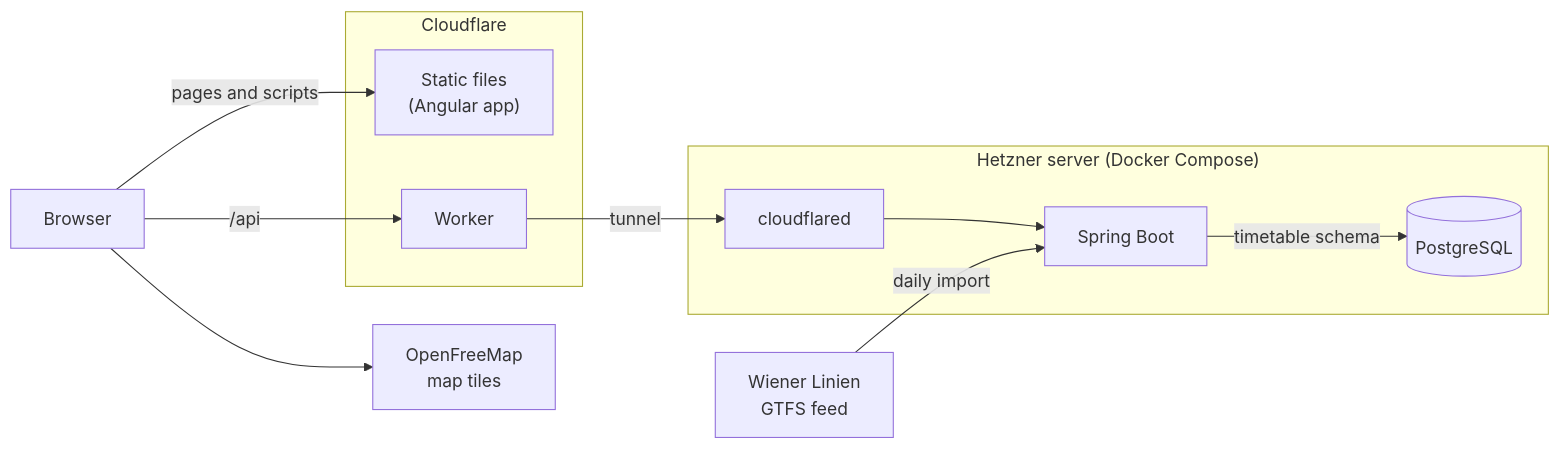
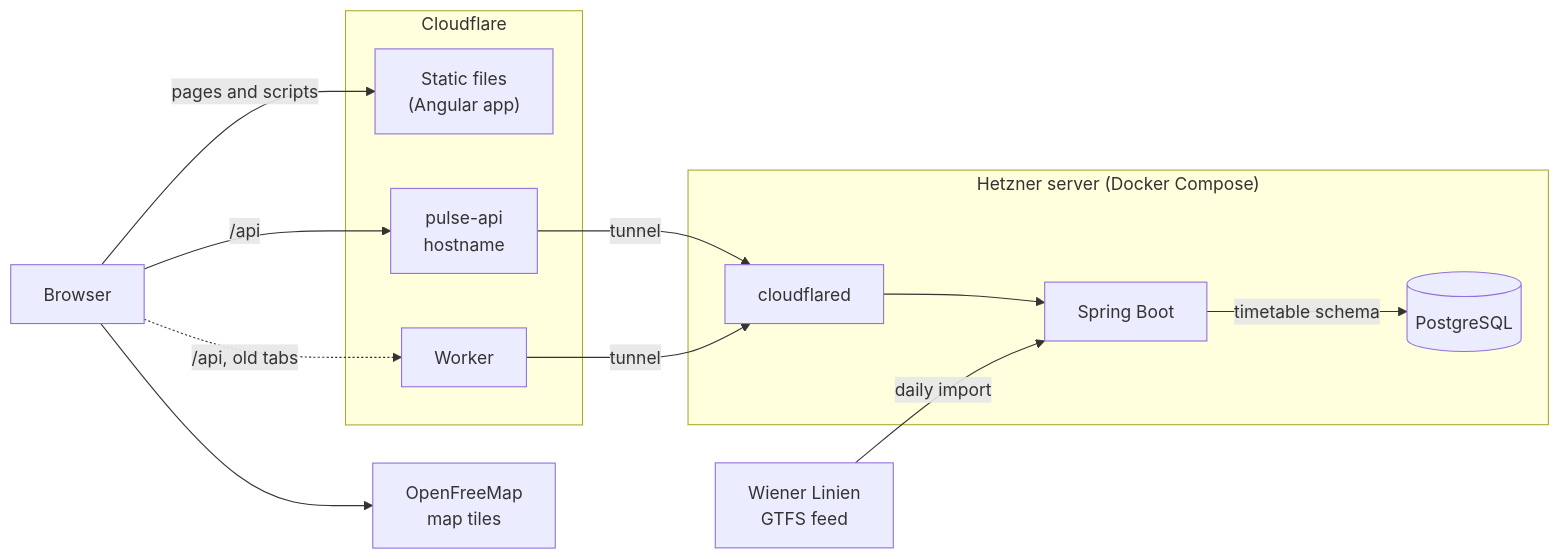
One commit to vlad-dancea/vienna-pulse-v2 changed the diagram in README.md. Above: the diagram before and after it, drawn with Mermaid. The commit also changed other lines of this file and 1 other file, not shown here.

First line of the commit message:
Describe the API's own hostname

````diff
--- a/README.md
+++ b/README.md
@@ -17,22 +17,25 @@
 ```mermaid
 flowchart LR
     browser["Browser"]
     tiles["OpenFreeMap<br/>map tiles"]
     feed["Wiener Linien<br/>GTFS feed"]
     subgraph cloudflare["Cloudflare"]
         assets["Static files<br/>(Angular app)"]
+        api["pulse-api<br/>hostname"]
         worker["Worker"]
     end
     subgraph server["Hetzner server (Docker Compose)"]
         cloudflared["cloudflared"]
         backend["Spring Boot"]
         postgres[("PostgreSQL")]
     end
     browser -->|"pages and scripts"| assets
-    browser -->|"/api"| worker
+    browser -->|"/api"| api
+    browser -.->|"/api, old tabs"| worker
     browser --> tiles
+    api -->|"tunnel"| cloudflared
     worker -->|"tunnel"| cloudflared
     cloudflared --> backend
     backend -->|"timetable schema"| postgres
     feed -->|"daily import"| backend
 ```
````
